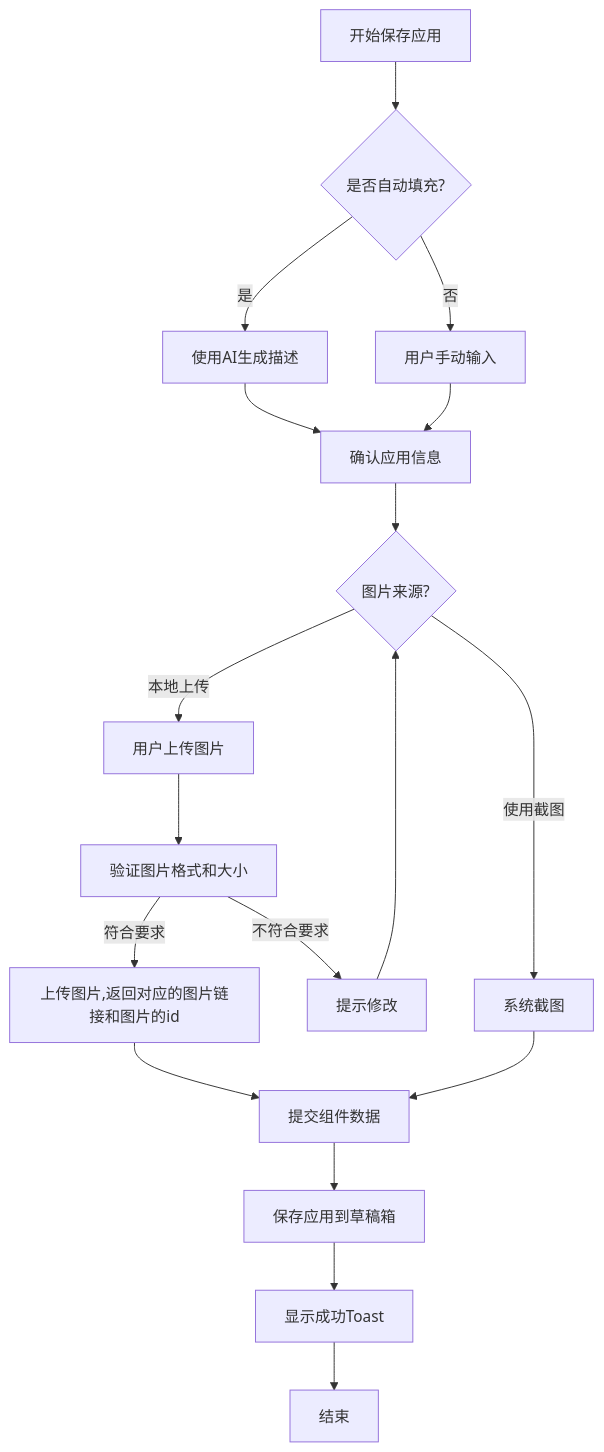
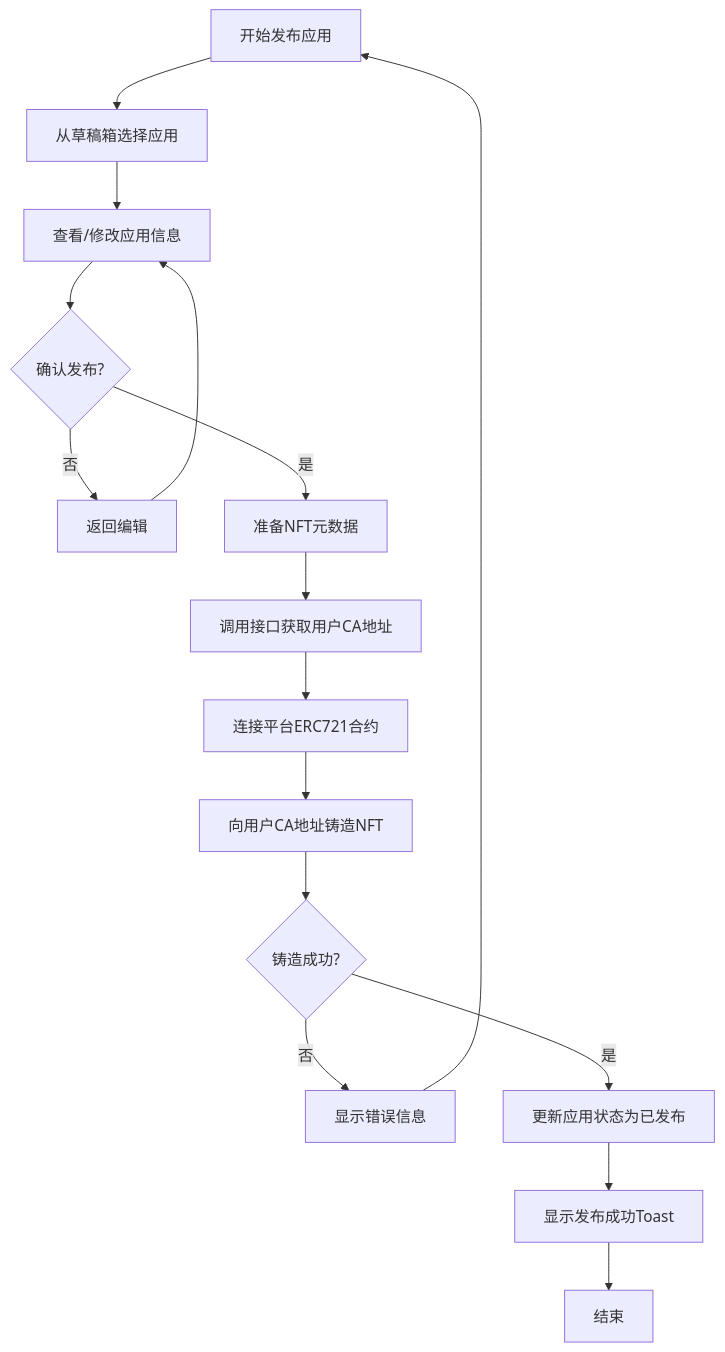
One commit to yingjianzh/iodraw-files changed the diagram in all/未命名-66.md. Above: the diagram before and after it, drawn with Mermaid.

Commit message:
2025-05-27 11:24:16 update

````diff
--- a/all/未命名-66.md
+++ b/all/未命名-66.md
@@ -1,23 +1,20 @@
 ```mermaid
+
 flowchart TD
-    A[开始保存应用] --> B{是否自动填充?}
-    B -->|是| C[使用AI生成描述]
-    B -->|否| D[用户手动输入]
-    C --> E[确认应用信息]
-    D --> E
-    E --> F{图片来源?}
-    F -->|使用截图| G[系统截图]
-    F -->|本地上传| H[用户上传图片]
-    H --> I[验证图片格式和大小]
-    I -->|不符合要求| J[提示修改]
-    J --> F
-    I -->|符合要求| K1[上传图片,返回对应的图片链接和图片的id]
-    
-    K1 --> N
-    G --> N[提交组件数据]
-    
+    A[开始发布应用] --> B[从草稿箱选择应用]
+    B --> C[查看/修改应用信息]
+    C --> D{确认发布?}
+    D -->|否| E[返回编辑]
+    E --> C
+    D -->|是| F[准备NFT元数据]
+    F --> G[调用接口获取用户CA地址]
+    G --> H[连接平台ERC721合约]
+    H --> I[向用户CA地址铸造NFT]
+    I --> J{铸造成功?}
+    J -->|否| K[显示错误信息]
+    K --> A
+    J -->|是| L[更新应用状态为已发布]
+    L --> O[显示发布成功Toast]
+    O --> P[结束]
 
-    N --> K[保存应用到草稿箱]
-    K --> L[显示成功Toast]
-    L --> M[结束]
 ```
````
